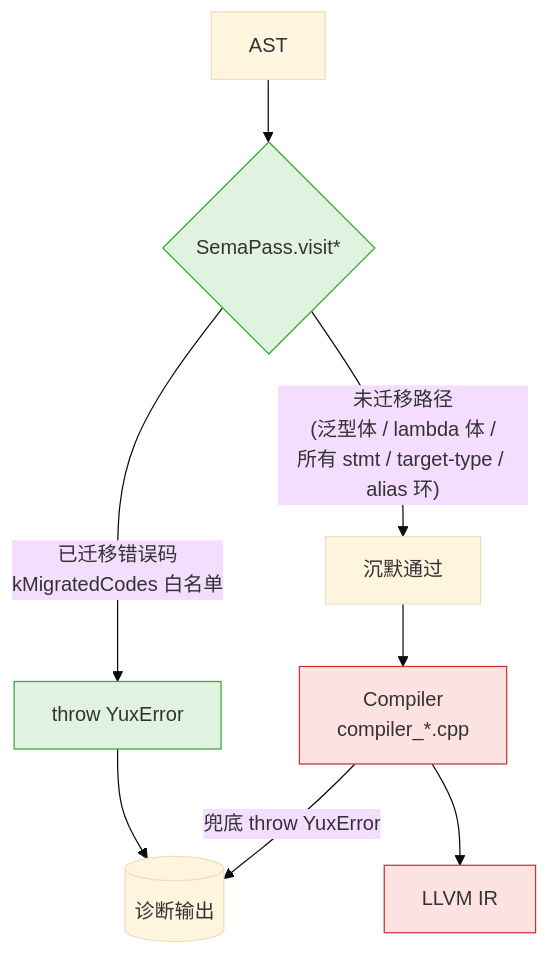
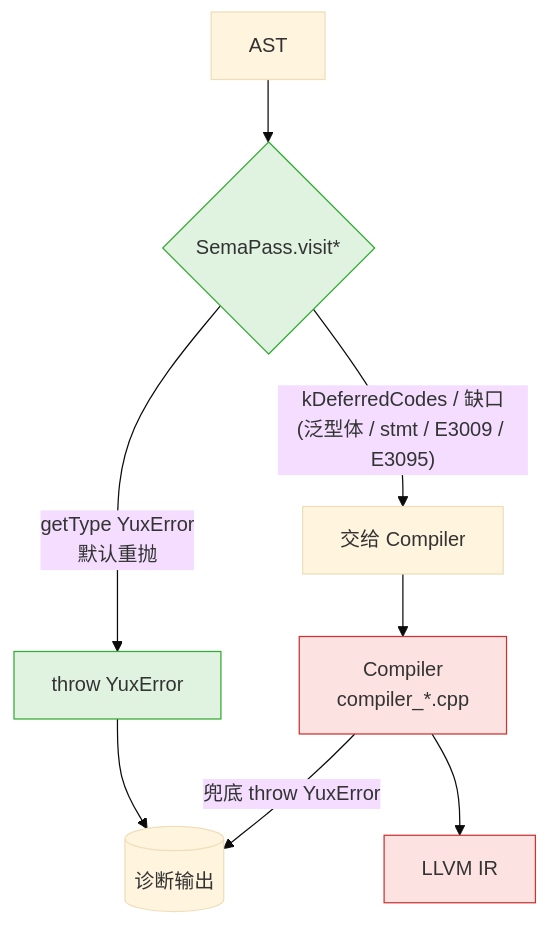
One commit to riu-lang/riu changed the fourth of 6 diagrams in yux.md. Above: the diagram before and after it, drawn with Mermaid (base theme). The commit also changed other lines of this file and 13 other files, not shown here.

````diff
--- a/yux.md
+++ b/yux.md
@@ -116,18 +116,18 @@
 ```mermaid
 flowchart TB
     ast[AST] --> sema{SemaPass.visit*}
 
-    sema -- "已迁移错误码<br/>kMigratedCodes 白名单" --> throwSema[throw YuxError]
-    sema -- "未迁移路径<br/>(泛型体 / lambda 体 /<br/>所有 stmt / target-type / alias 环)" --> skip[沉默通过]
+    sema -- "getType YuxError<br/>默认重抛" --> throwSema[throw YuxError]
+    sema -- "kDeferredCodes / 缺口<br/>(泛型体 / stmt / E3009 / E3095)" --> skip[交给 Compiler]
 
     throwSema --> userErr[(诊断输出)]
     skip --> compiler[Compiler<br/>compiler_*.cpp]
 
     compiler -- "兜底 throw YuxError" --> userErr
     compiler --> ir[LLVM IR]
 
     classDef green fill:#e0f3e0,stroke:#3a3
     classDef red fill:#fde2e2,stroke:#c33
     class sema,throwSema green
     class compiler,ir red
 ```
````
